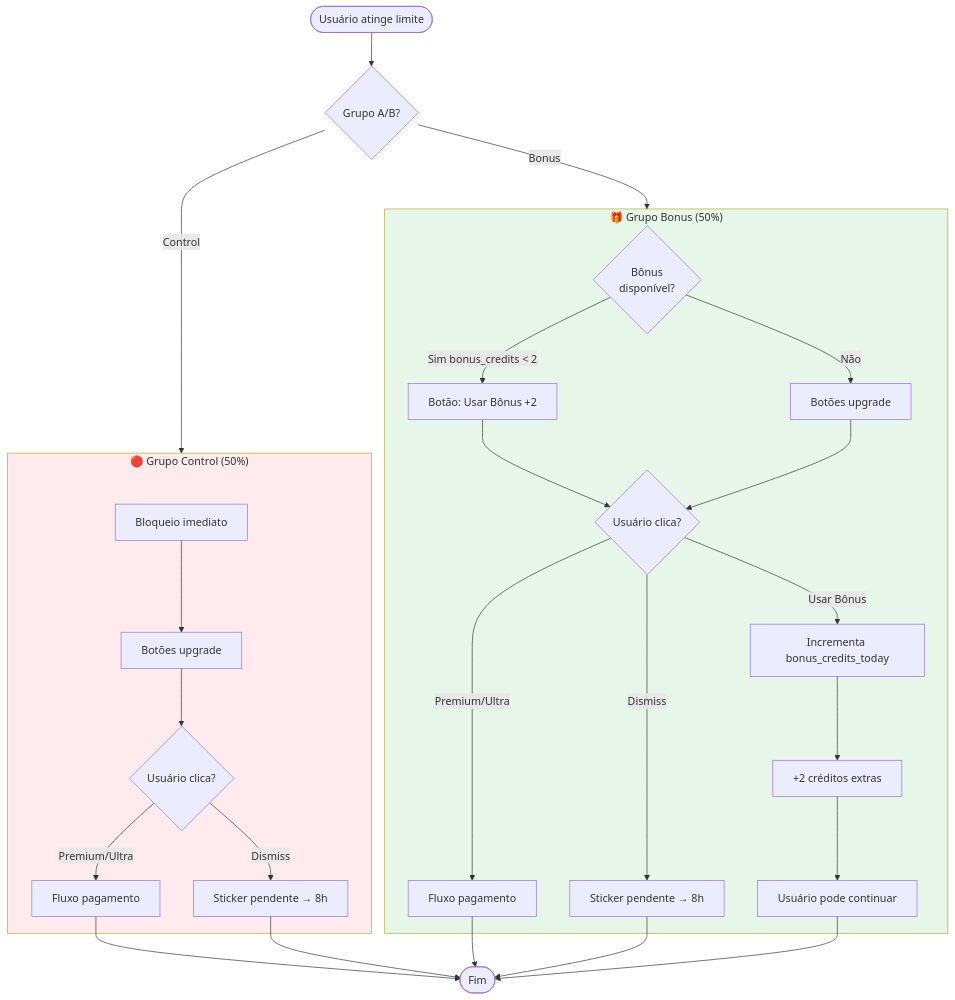
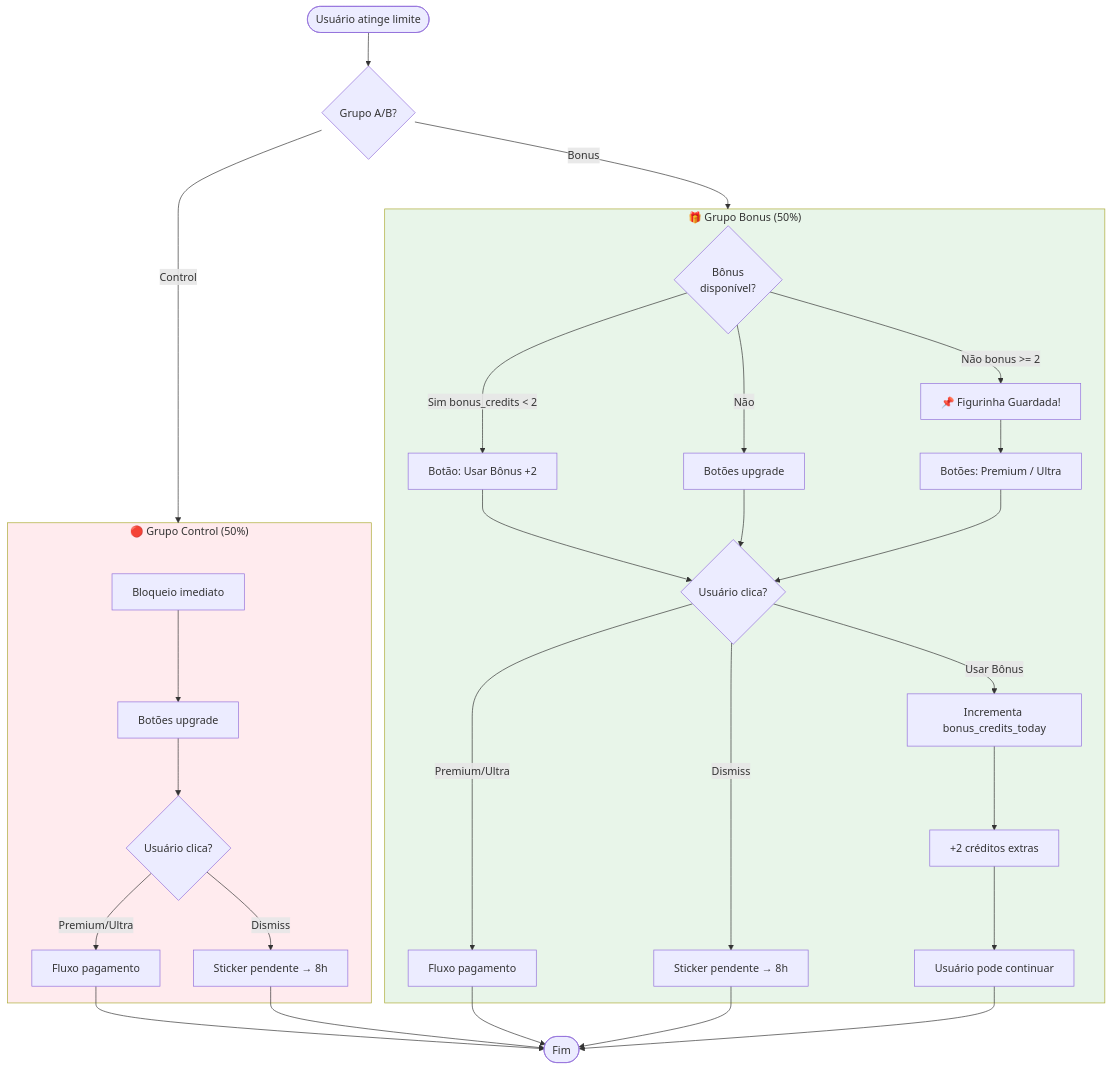
One commit to reisspaulo/sticker changed the ninth of 22 diagrams in docs/architecture/FLOWCHARTS.md. Above: the diagram before and after it, drawn with Mermaid. The commit also changed other lines of this file and 1 other file, not shown here.

Commit message:
fix(webhook): send notification when sticker is saved as pending
When a user in the bonus group exhausts all daily stickers and bonus
credits but has less than 2 pending stickers, the system now sends
a notification informing that the sticker was saved and will be
delivered at 8am the next day, with upgrade buttons for immediate
delivery.

Previously, no message was sent, leaving users without feedback.

````diff
--- a/docs/architecture/FLOWCHARTS.md
+++ b/docs/architecture/FLOWCHARTS.md
@@ -484,46 +484,50 @@
 ```mermaid
 flowchart TD
     START([Usuário atinge limite]) --> CHECK_GROUP{Grupo A/B?}
 
     CHECK_GROUP -->|Control| CONTROL_FLOW
     CHECK_GROUP -->|Bonus| BONUS_FLOW
 
     subgraph CONTROL_FLOW["🔴 Grupo Control (50%)"]
         C1[Bloqueio imediato]
         C2[Botões upgrade]
         C3{Usuário clica?}
 
         C1 --> C2
         C2 --> C3
         C3 -->|Premium/Ultra| C4[Fluxo pagamento]
         C3 -->|Dismiss| C5[Sticker pendente → 8h]
     end
 
     subgraph BONUS_FLOW["🎁 Grupo Bonus (50%)"]
         B1{Bônus<br/>disponível?}
         B2[Botão: Usar Bônus +2]
         B3[Botões upgrade]
         B4{Usuário clica?}
 
         B1 -->|Sim bonus_credits < 2| B2
         B1 -->|Não| B3
         B2 --> B4
         B3 --> B4
 
         B4 -->|Usar Bônus| B5[Incrementa bonus_credits_today]
         B4 -->|Premium/Ultra| B6[Fluxo pagamento]
         B4 -->|Dismiss| B7[Sticker pendente → 8h]
 
         B5 --> B8[+2 créditos extras]
         B8 --> B9[Usuário pode continuar]
+
+        B1 -->|Não bonus >= 2| B10[📌 Figurinha Guardada!]
+        B10 --> B11[Botões: Premium / Ultra]
+        B11 --> B4
     end
 
     C4 --> END([Fim])
     C5 --> END
     B6 --> END
     B7 --> END
     B9 --> END
 
     style CONTROL_FLOW fill:#ffebee
     style BONUS_FLOW fill:#e8f5e9
 ```
````
